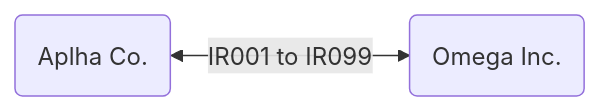
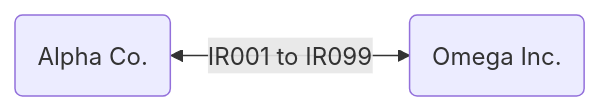
Before and after one commit to ChristopherCarver/eBondCollegiality: the first of 3 diagrams in Guide.md, drawn with Mermaid. The commit also changed other lines of this file and 3 other files, not shown here.

````diff
--- a/Guide.md
+++ b/Guide.md
@@ -13,7 +13,7 @@
 ```mermaid
 flowchart LR
     Omega(Omega Inc.)
-    A(Aplha Co.)
+    A(Alpha Co.)
    
     A <--> |IR001 to IR099| Omega
 ```
````
